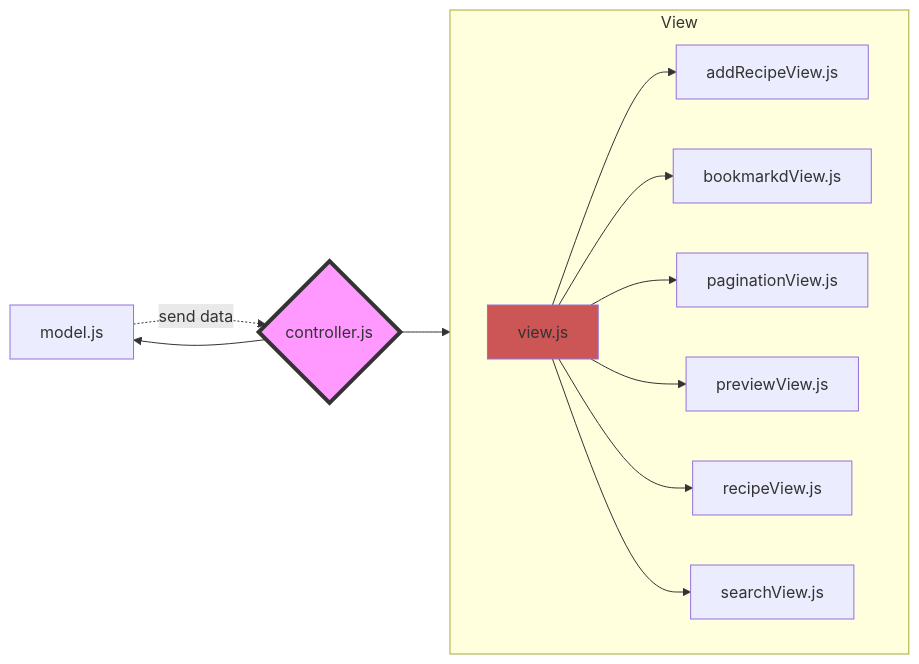
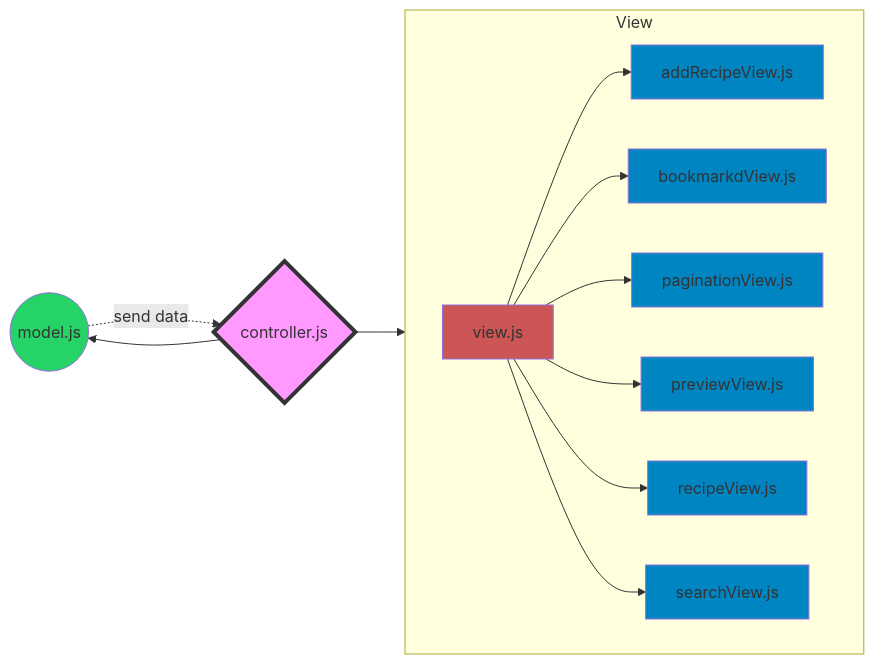
One commit to TorinZhou/Study-Notes changed the second of 2 diagrams in mermaidTest.md. Above: the diagram before and after it, drawn with Mermaid.

````diff
--- a/mermaidTest.md
+++ b/mermaidTest.md
@@ -16,19 +16,21 @@
 ```mermaid
 flowchart LR
-  model.js -.send data.-> controller.js{controller.js}
-  controller.js{controller.js}:::someclass --> model.js
+  model.js((model.js)):::greenclass -.send data.-> controller.js{controller.js}
+  controller.js{controller.js}:::orangeclass --> model.js
   controller.js{controller.js} --> View
   subgraph View
   direction LR
-  view.js:::viewclass --> addRecipeView.js
-  view.js --> bookmarkdView.js
-  view.js --> paginationView.js
-  view.js --> previewView.js
-  view.js --> recipeView.js
-  view.js --> searchView.js
-  classDef someclass fill:#f96;
-  classDef viewclass fill:#c55;
+  view.js:::redclass --> addRecipeView.js:::dellclass
+  view.js --> bookmarkdView.js:::dellclass
+  view.js --> paginationView.js:::dellclass
+  view.js --> previewView.js:::dellclass
+  view.js --> recipeView.js:::dellclass
+  view.js --> searchView.js:::dellclass
+  classDef orangeclass fill:#f96;
+  classDef redclass fill:#c55;
+  classDef dellclass fill:#0085c3;
+  classDef greenclass fill:#25d366;
   end
 
 style controller.js fill:#f9f,stroke:#333,stroke-width:4px
 ```
````
